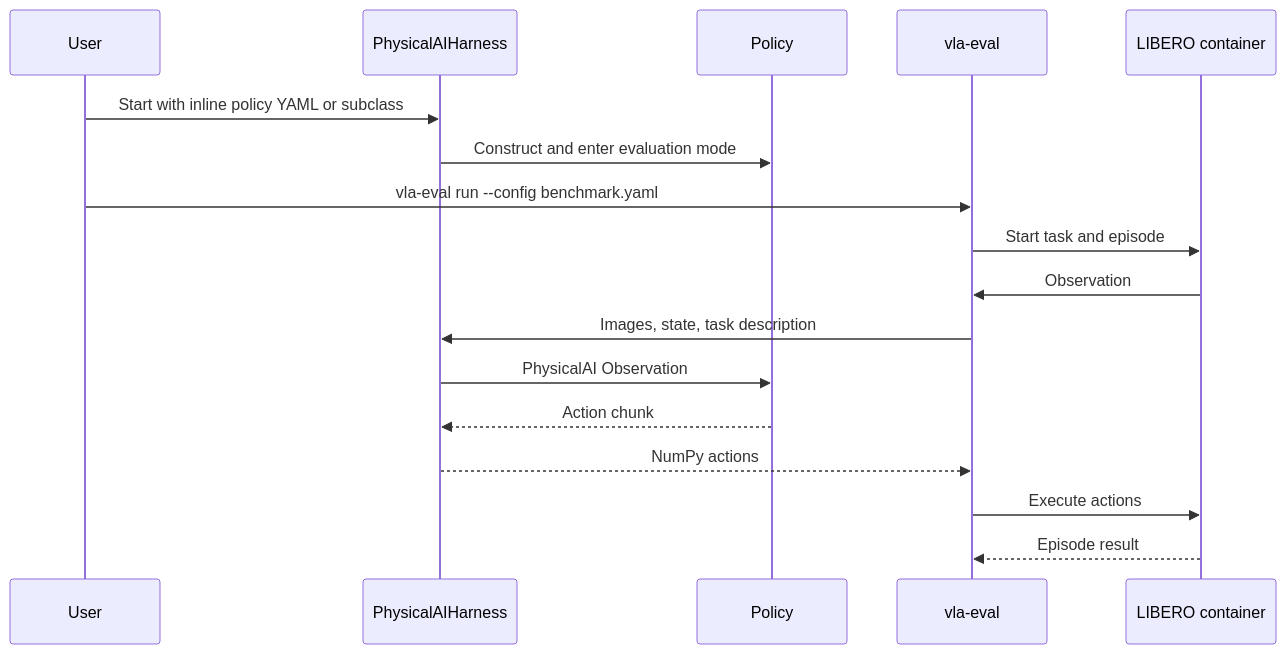
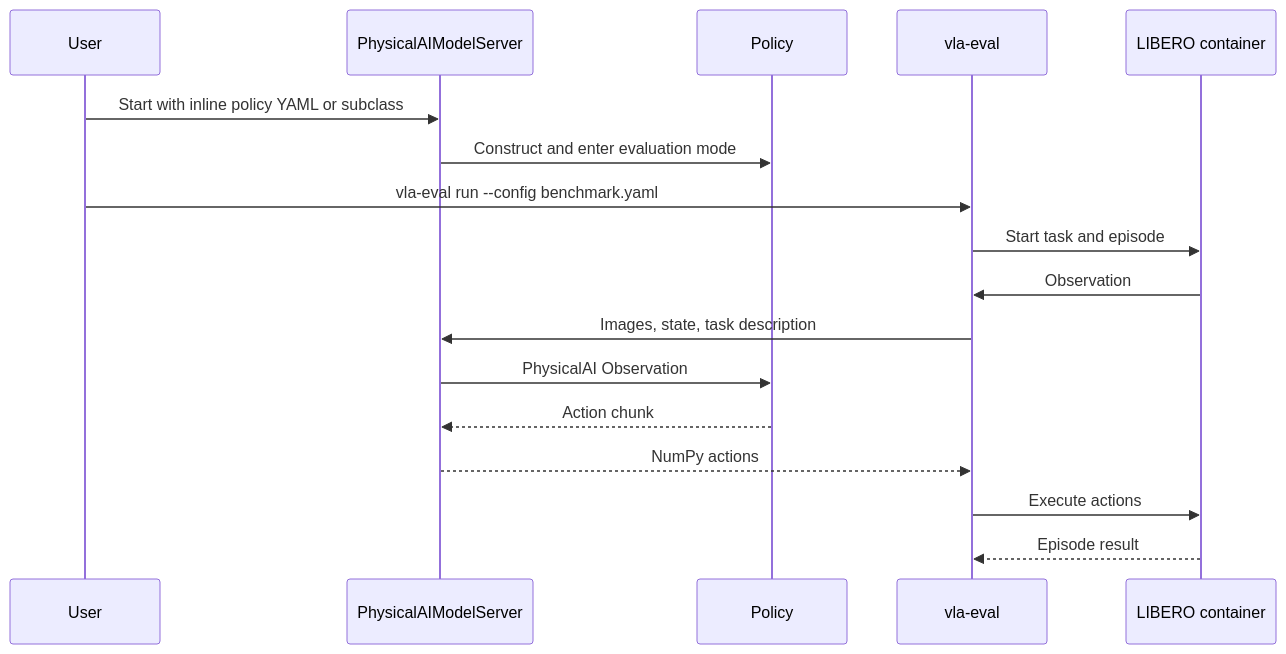
The second of 2 diagrams in library/docs/explanation/benchmark/vla-evaluation-harness.md (alfieroddan/physical-ai-studio), drawn with Mermaid before and after one commit. The commit also changed other lines of this file, not shown here.

````diff
--- a/library/docs/explanation/benchmark/vla-evaluation-harness.md
+++ b/library/docs/explanation/benchmark/vla-evaluation-harness.md
@@ -183,20 +189,20 @@
 ```mermaid
 sequenceDiagram
     participant User
-    participant Server as PhysicalAIHarness
+      participant Server as PhysicalAIModelServer
     participant Policy
     participant Harness as vla-eval
     participant Simulator as LIBERO container
 
     User->>Server: Start with inline policy YAML or subclass
     Server->>Policy: Construct and enter evaluation mode
     User->>Harness: vla-eval run --config benchmark.yaml
     Harness->>Simulator: Start task and episode
     Simulator->>Harness: Observation
     Harness->>Server: Images, state, task description
     Server->>Policy: PhysicalAI Observation
     Policy-->>Server: Action chunk
     Server-->>Harness: NumPy actions
     Harness->>Simulator: Execute actions
     Simulator-->>Harness: Episode result
 ```
````
